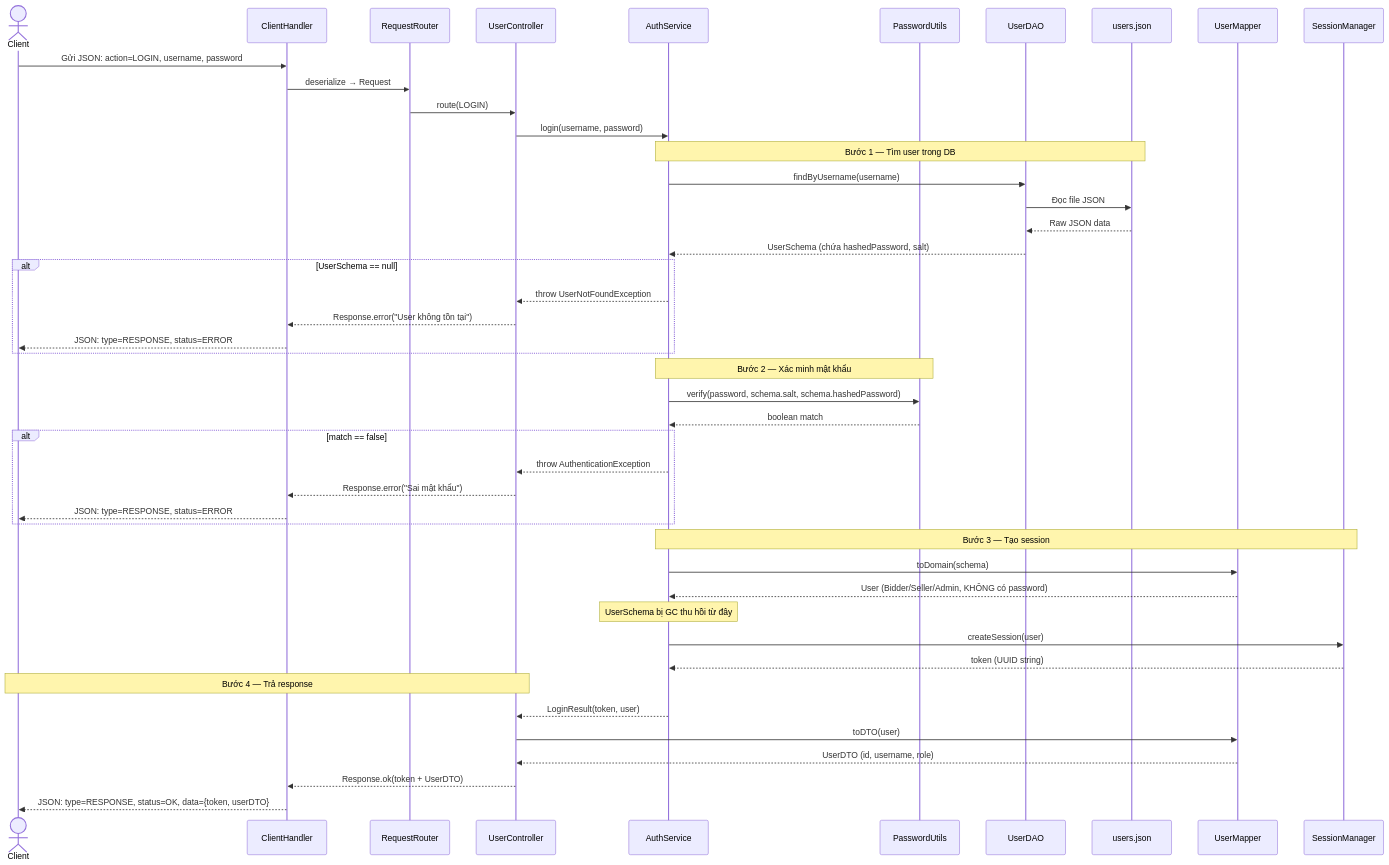
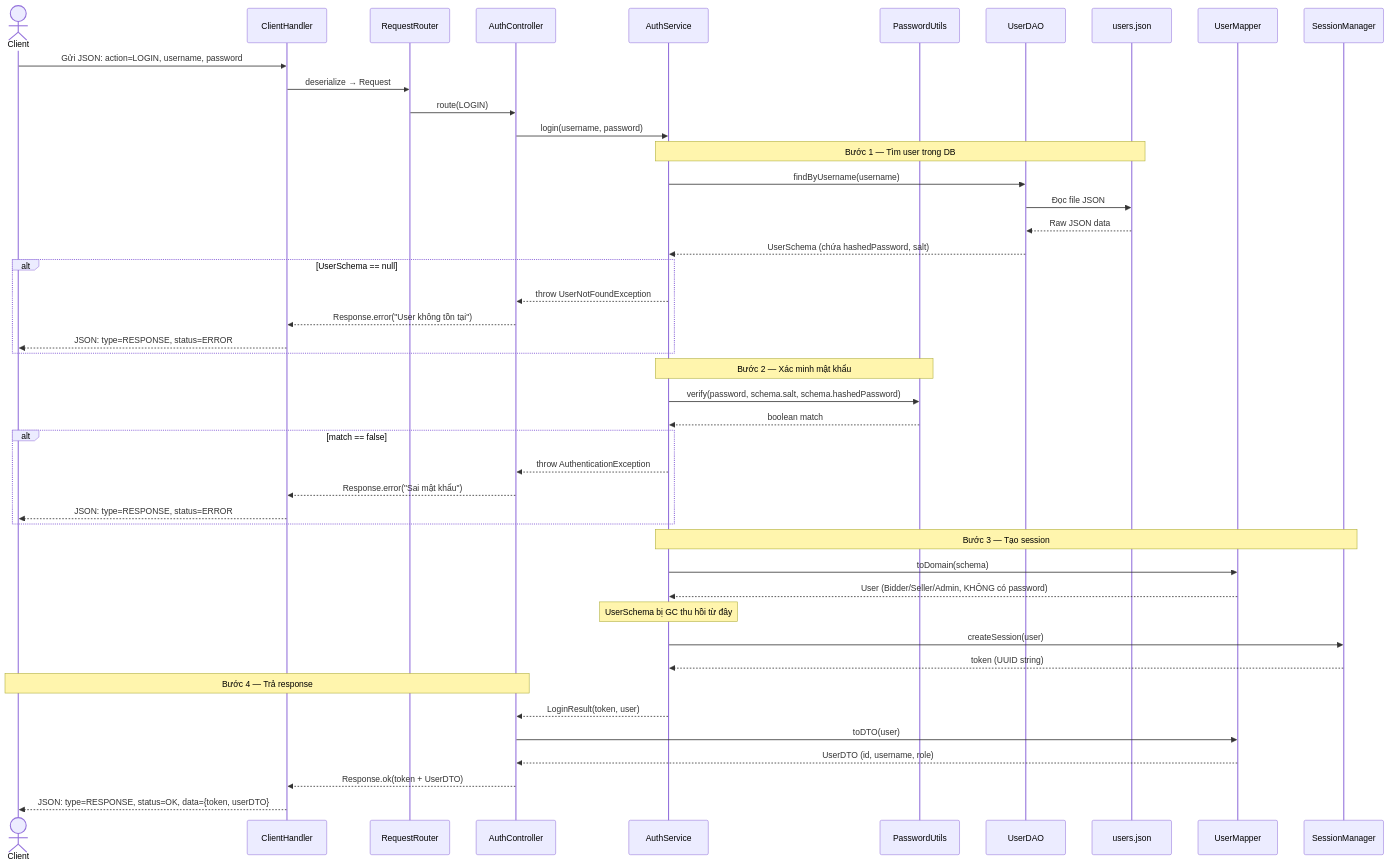
Before and after one commit to iTCuong090/AuctionUET: the first of 4 diagrams in docs/diagrams_flow_auth.md, drawn with Mermaid. The commit also changed other lines of this file and 107 other files, not shown here.

````diff
--- a/docs/diagrams_flow_auth.md
+++ b/docs/diagrams_flow_auth.md
@@ -11,54 +11,54 @@
 ```mermaid
 sequenceDiagram
     actor Client
     participant CH as ClientHandler
     participant RR as RequestRouter
-    participant UC as UserController
+    participant ATC as AuthController
     participant Auth as AuthService
     participant PU as PasswordUtils
     participant DAO as UserDAO
     participant JF as users.json
     participant Map as UserMapper
     participant SM as SessionManager
 
     Client->>CH: Gửi JSON: action=LOGIN, username, password
     CH->>RR: deserialize → Request
-    RR->>UC: route(LOGIN)
-    UC->>Auth: login(username, password)
+    RR->>ATC: route(LOGIN)
+    ATC->>Auth: login(username, password)
 
     Note over Auth,JF: Bước 1 — Tìm user trong DB
     Auth->>DAO: findByUsername(username)
     DAO->>JF: Đọc file JSON
     JF-->>DAO: Raw JSON data
     DAO-->>Auth: UserSchema (chứa hashedPassword, salt)
 
     alt UserSchema == null
-        Auth-->>UC: throw UserNotFoundException
-        UC-->>CH: Response.error("User không tồn tại")
+        Auth-->>ATC: throw UserNotFoundException
+        ATC-->>CH: Response.error("User không tồn tại")
         CH-->>Client: JSON: type=RESPONSE, status=ERROR
     end
 
     Note over Auth,PU: Bước 2 — Xác minh mật khẩu
     Auth->>PU: verify(password, schema.salt, schema.hashedPassword)
     PU-->>Auth: boolean match
 
     alt match == false
-        Auth-->>UC: throw AuthenticationException
-        UC-->>CH: Response.error("Sai mật khẩu")
+        Auth-->>ATC: throw AuthenticationException
+        ATC-->>CH: Response.error("Sai mật khẩu")
         CH-->>Client: JSON: type=RESPONSE, status=ERROR
     end
 
     Note over Auth,SM: Bước 3 — Tạo session
     Auth->>Map: toDomain(schema)
     Map-->>Auth: User (Bidder/Seller/Admin, KHÔNG có password)
     Note over Auth: UserSchema bị GC thu hồi từ đây
     Auth->>SM: createSession(user)
     SM-->>Auth: token (UUID string)
 
-    Note over UC,Client: Bước 4 — Trả response
-    Auth-->>UC: LoginResult(token, user)
-    UC->>Map: toDTO(user)
-    Map-->>UC: UserDTO (id, username, role)
-    UC-->>CH: Response.ok(token + UserDTO)
+    Note over ATC,Client: Bước 4 — Trả response
+    Auth-->>ATC: LoginResult(token, user)
+    ATC->>Map: toDTO(user)
+    Map-->>ATC: UserDTO (id, username, role)
+    ATC-->>CH: Response.ok(token + UserDTO)
     CH-->>Client: JSON: type=RESPONSE, status=OK, data={token, userDTO}
 ```
````
